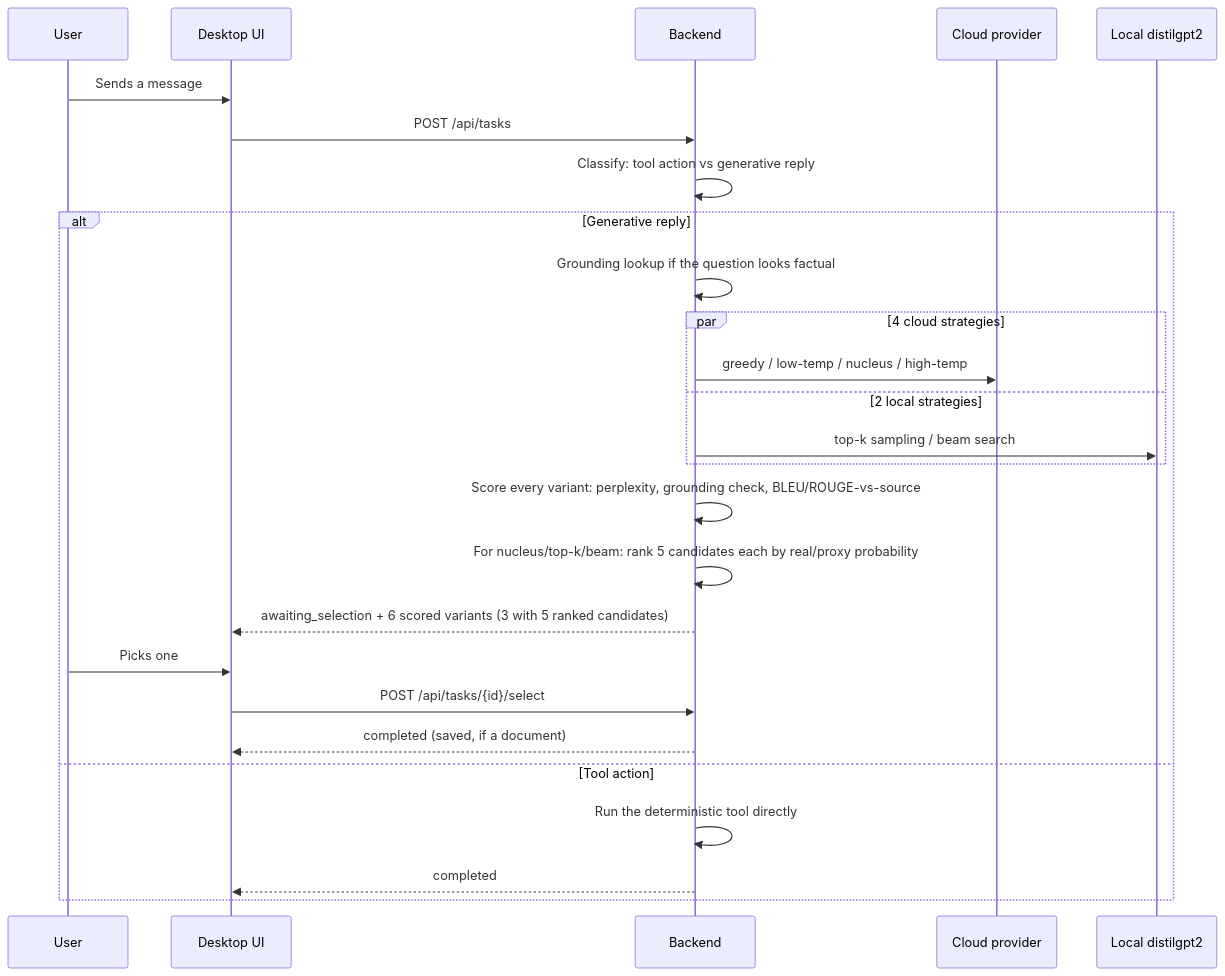
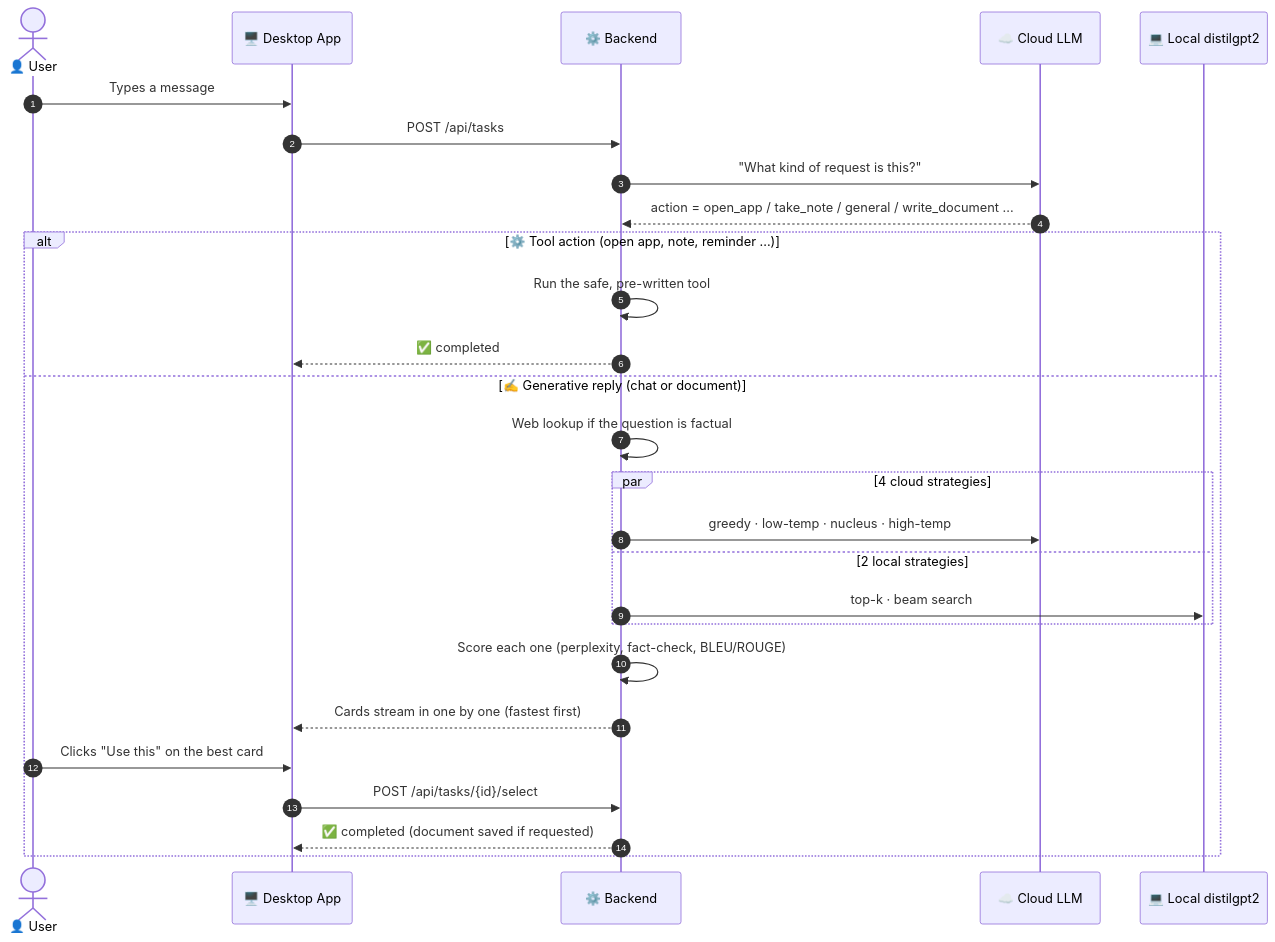
Before and after one commit to eshaansingla/Aether: the third of 7 diagrams in README.md, drawn with Mermaid. The commit also changed other lines of this file and 3 other files, not shown here.

````diff
--- a/README.md
+++ b/README.md
@@ -66,29 +270,31 @@
 ```mermaid
 sequenceDiagram
-    participant U as User
-    participant UI as Desktop UI
-    participant API as Backend
-    participant Cloud as Cloud provider
-    participant Local as Local distilgpt2
+    autonumber
+    actor U as 👤 User
+    participant UI as 🖥️ Desktop App
+    participant API as ⚙️ Backend
+    participant C as ☁️ Cloud LLM
+    participant L as 💻 Local distilgpt2
 
-    U->>UI: Sends a message
+    U->>UI: Types a message
     UI->>API: POST /api/tasks
-    API->>API: Classify: tool action vs generative reply
-    alt Generative reply
-        API->>API: Grounding lookup if the question looks factual
+    API->>C: "What kind of request is this?"
+    C-->>API: action = open_app / take_note / general / write_document ...
+
+    alt ⚙️ Tool action (open app, note, reminder ...)
+        API->>API: Run the safe, pre-written tool
+        API-->>UI: ✅ completed
+    else ✍️ Generative reply (chat or document)
+        API->>API: Web lookup if the question is factual
         par 4 cloud strategies
-            API->>Cloud: greedy / low-temp / nucleus / high-temp
+            API->>C: greedy · low-temp · nucleus · high-temp
         and 2 local strategies
-            API->>Local: top-k sampling / beam search
+            API->>L: top-k · beam search
         end
-        API->>API: Score every variant: perplexity, grounding check, BLEU/ROUGE-vs-source
-        API->>API: For nucleus/top-k/beam: rank 5 candidates each by real/proxy probability
-        API-->>UI: awaiting_selection + 6 scored variants (3 with 5 ranked candidates)
-        U->>UI: Picks one
+        API->>API: Score each one (perplexity, fact-check, BLEU/ROUGE)
+        API-->>UI: Cards stream in one by one (fastest first)
+        U->>UI: Clicks "Use this" on the best card
         UI->>API: POST /api/tasks/{id}/select
-        API-->>UI: completed (saved, if a document)
-    else Tool action
-        API->>API: Run the deterministic tool directly
-        API-->>UI: completed
+        API-->>UI: ✅ completed (document saved if requested)
     end
 ```
````
